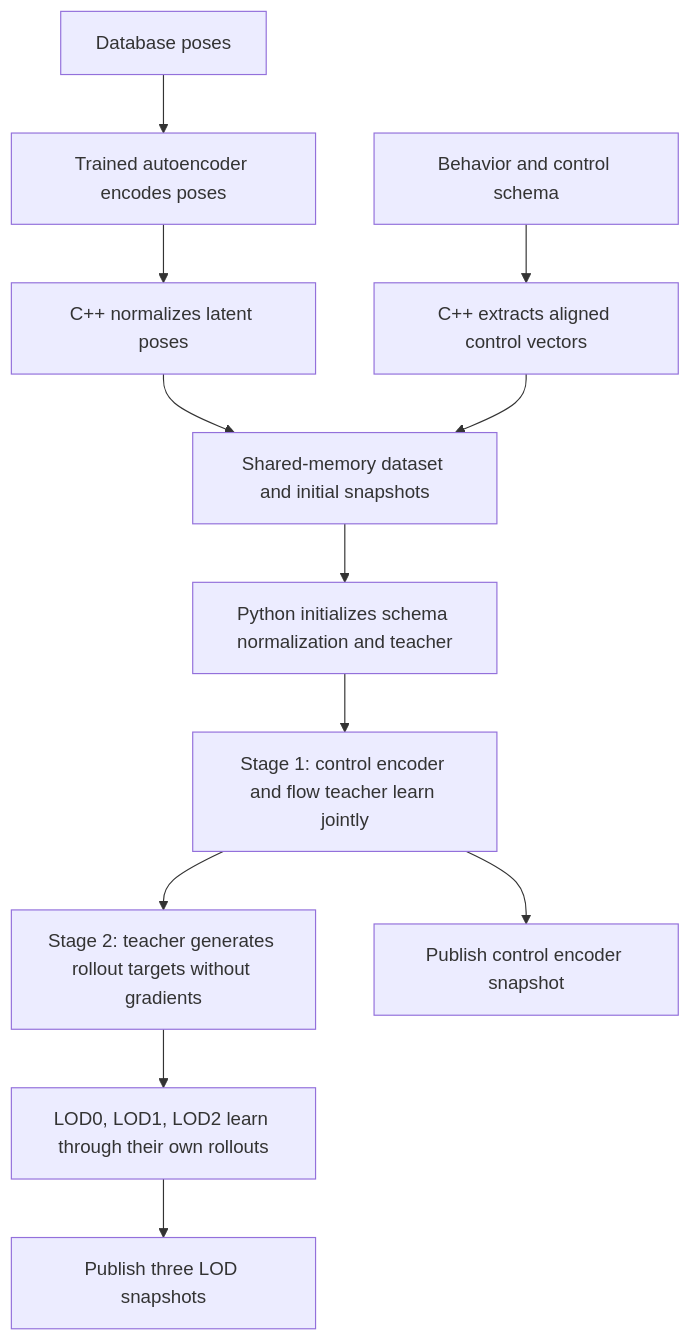
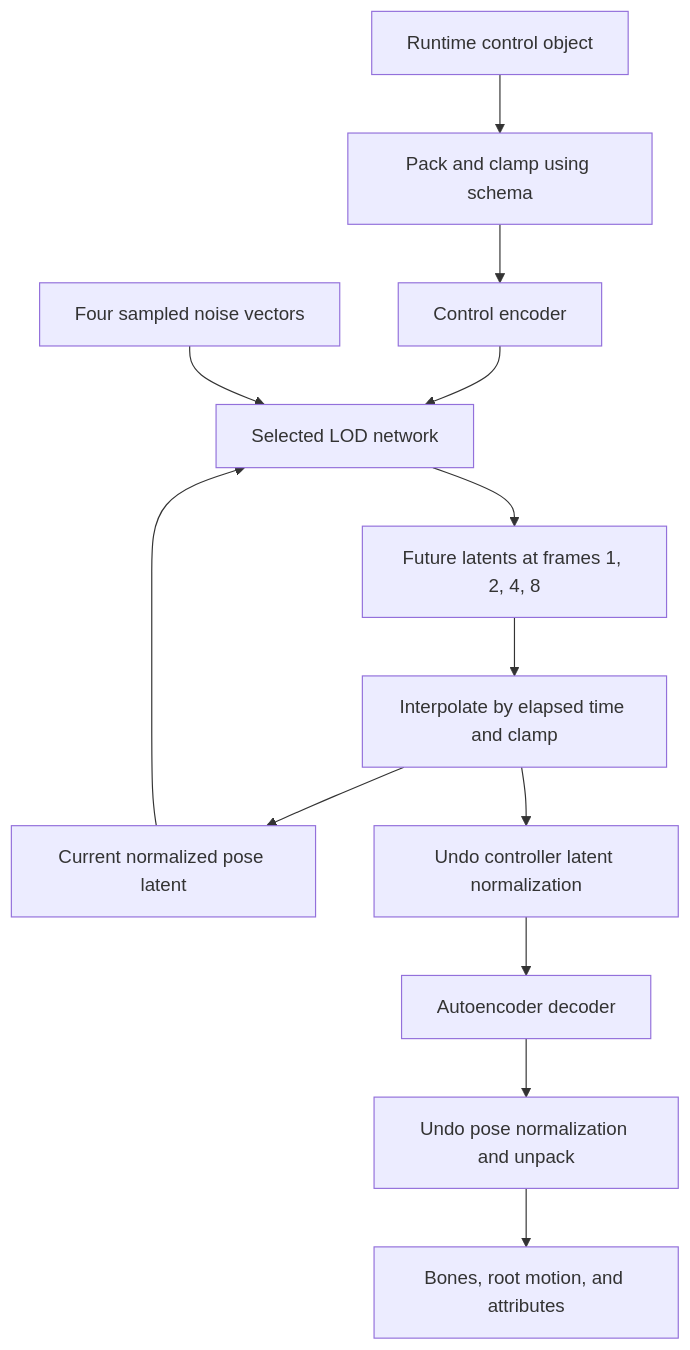
The diagram in tutorial/train-controller-workflow.md (weiyi-boynextdoor/train_anim_gen), drawn with Mermaid before and after one commit. The commit also changed other lines of this file and 3 other files, not shown here.

````diff
--- a/tutorial/train-controller-workflow.md
+++ b/tutorial/train-controller-workflow.md
@@ -9,14 +23,15 @@
 ```mermaid
 flowchart TD
-    A[Database poses] --> B[Trained autoencoder encodes poses]
-    B --> C[C++ normalizes latent poses]
-    D[Behavior and control schema] --> E[C++ extracts aligned control vectors]
-    C --> F[Shared-memory dataset and initial snapshots]
-    E --> F
-    F --> G[Python initializes schema normalization and teacher]
-    G --> H[Stage 1: control encoder and flow teacher learn jointly]
-    H --> I[Stage 2: teacher generates rollout targets without gradients]
-    I --> J[LOD0, LOD1, LOD2 learn through their own rollouts]
-    J --> K[Publish three LOD snapshots]
-    H --> L[Publish control encoder snapshot]
+    A[Runtime control object] --> B[Pack and clamp using schema]
+    B --> C[Control encoder]
+    C --> D[Selected LOD network]
+    E[Current normalized pose latent] --> D
+    F[Four sampled noise vectors] --> D
+    D --> G[Future latents at frames 1, 2, 4, 8]
+    G --> H[Interpolate by elapsed time and clamp]
+    H --> E
+    H --> I[Undo controller latent normalization]
+    I --> J[Autoencoder decoder]
+    J --> K[Undo pose normalization and unpack]
+    K --> L[Bones, root motion, and attributes]
 ```
````
